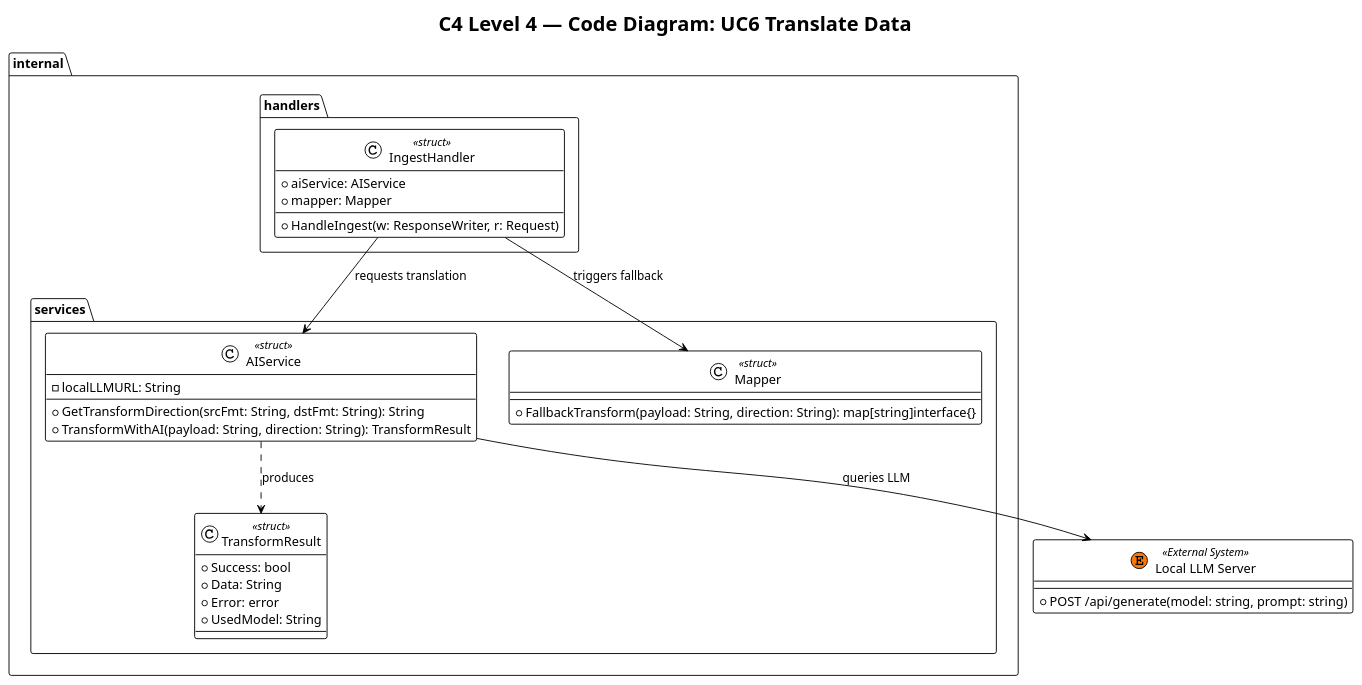
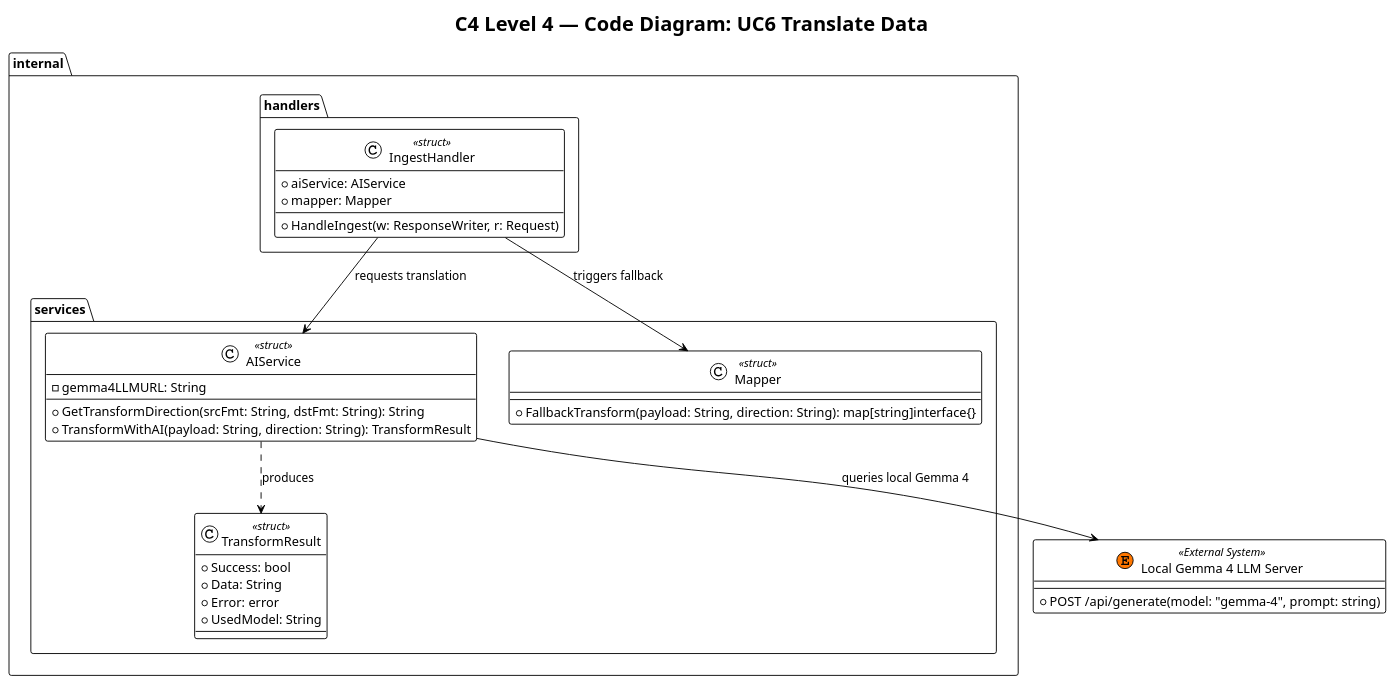
One commit to APC-SoCIT/APC-2026-2027-T1-IT241-Grp3-WAH4PCE-An-AI-Driven-Interoperability-Bridge-for-iHOMIS changed the diagram in docs/MSYADD1/code_diagram/ucd_code_diagram/uc6_translate_data.puml. Above: the diagram before and after it, drawn with PlantUML. The commit also changed 7 other files, not shown here.

Commit message:
docs: update references to Local LLM Engine to Local Gemma 4 LLM Engine across diagrams and documentation

```diff
--- a/docs/MSYADD1/code_diagram/ucd_code_diagram/uc6_translate_data.puml
+++ b/docs/MSYADD1/code_diagram/ucd_code_diagram/uc6_translate_data.puml
@@ -1,41 +1,41 @@
 @startuml UC6_Translate_Data
 !theme plain
 title C4 Level 4 — Code Diagram: UC6 Translate Data
 
 package "internal.handlers" {
     class IngestHandler <<struct>> {
         + aiService: AIService
         + mapper: Mapper
         + HandleIngest(w: ResponseWriter, r: Request)
     }
 }
 
 package "internal.services" {
     class AIService <<struct>> {
-        - localLLMURL: String
+        - gemma4LLMURL: String
         + GetTransformDirection(srcFmt: String, dstFmt: String): String
         + TransformWithAI(payload: String, direction: String): TransformResult
     }
 
     class Mapper <<struct>> {
         + FallbackTransform(payload: String, direction: String): map[string]interface{}
     }
     
     class TransformResult <<struct>> {
         + Success: bool
         + Data: String
         + Error: error
         + UsedModel: String
     }
 }
 
-class "Local LLM Server" as LocalLLMServer << (E, #FF7700) External System >> {
-    + POST /api/generate(model: string, prompt: string)
+class "Local Gemma 4 LLM Server" as Gemma4LLMServer << (E, #FF7700) External System >> {
+    + POST /api/generate(model: "gemma-4", prompt: string)
 }
 
 IngestHandler --> AIService : requests translation
 IngestHandler --> Mapper : triggers fallback
 AIService ..> TransformResult : produces
-AIService --> LocalLLMServer : queries LLM
+AIService --> Gemma4LLMServer : queries local Gemma 4
 
 @enduml
```
